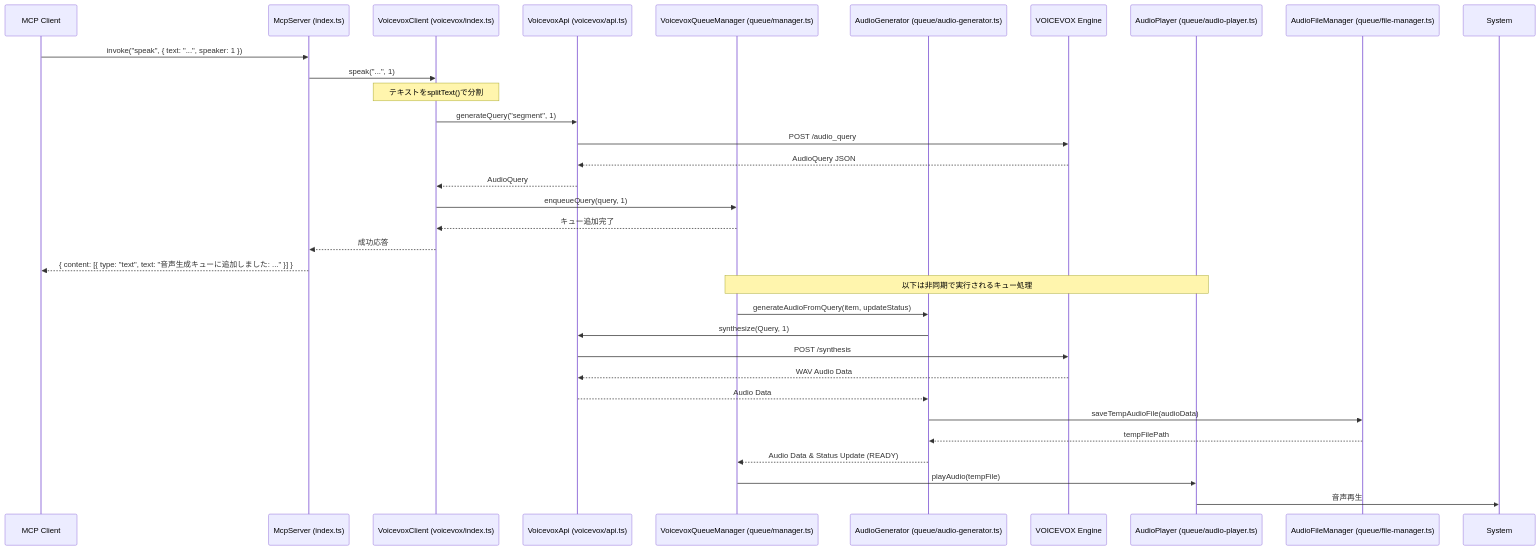
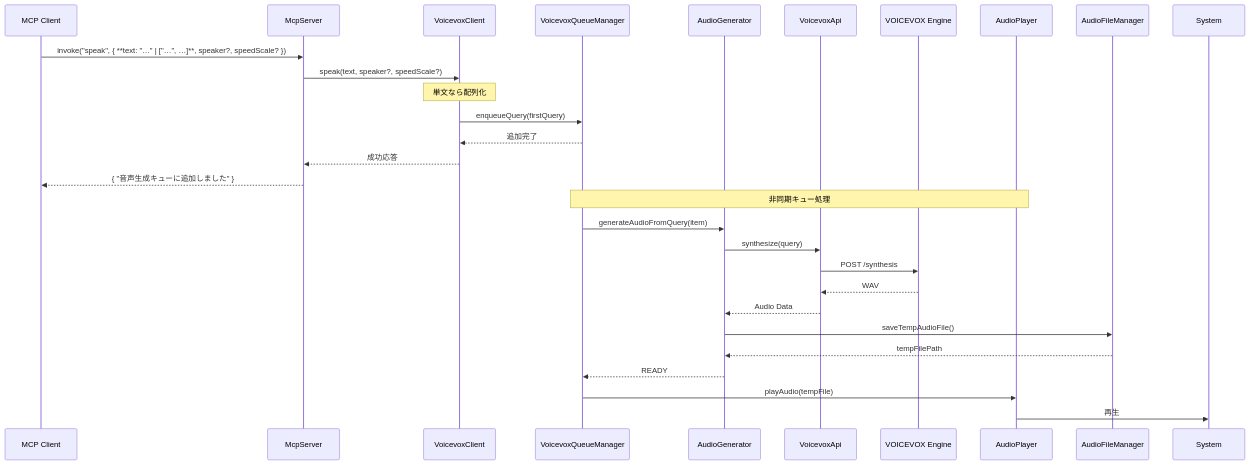
One commit to nichiki/mcp-tts-voicevox changed the first of 5 diagrams in docs/diagrams.md. Above: the diagram before and after it, drawn with Mermaid. The commit also changed other lines of this file and 2 other files, not shown here.

Commit message:
chore: バージョン番号と図解ドキュメントを更新

````diff
--- a/docs/diagrams.md
+++ b/docs/diagrams.md
@@ -11,42 +20,36 @@
 ```mermaid
 sequenceDiagram
-    participant Client as MCP Client
-    participant Server as McpServer (index.ts)
-    participant VClient as VoicevoxClient (voicevox/index.ts)
-    participant VApi as VoicevoxApi (voicevox/api.ts)
-    participant QueueMgr as VoicevoxQueueManager (queue/manager.ts)
-    participant AudioGen as AudioGenerator (queue/audio-generator.ts)
-    participant Engine as VOICEVOX Engine
-    participant AudioPlayer as AudioPlayer (queue/audio-player.ts)
-    participant FileManager as AudioFileManager (queue/file-manager.ts)
+    participant Client as MCP Client
+    participant Server as McpServer
+    participant VClient as VoicevoxClient
+    participant QueueMgr as VoicevoxQueueManager
+    participant AudioGen as AudioGenerator
+    participant VApi as VoicevoxApi
+    participant Engine as VOICEVOX Engine
+    participant AudioPlayer as AudioPlayer
+    participant FileMgr as AudioFileManager
 
-    Client->>Server: invoke("speak", { text: "...", speaker: 1 })
-    Server->>VClient: speak("...", 1)
-    
-    Note over VClient: テキストをsplitText()で分割
-    
-    VClient->>VApi: generateQuery("segment", 1)
-    VApi->>Engine: POST /audio_query
-    Engine-->>VApi: AudioQuery JSON
-    VApi-->>VClient: AudioQuery
-    
-    VClient->>QueueMgr: enqueueQuery(query, 1)
-    QueueMgr-->>VClient: キュー追加完了
+    %% ① API 受信
+    Client->>Server: invoke("speak", { **text: "…" | ["…", …]**, speaker?, speedScale? })
+    Server->>VClient: speak(text, speaker?, speedScale?)
+
+    %% ② VClient でテキスト分割＆最初のセグメント処理
+    Note over VClient: 単文なら配列化
+    VClient->>QueueMgr: enqueueQuery(firstQuery)
+    QueueMgr-->>VClient: 追加完了
     VClient-->>Server: 成功応答
-    Server-->>Client: { content: [{ type: "text", text: "音声生成キューに追加しました: ..." }] }
+    Server-->>Client: { "音声生成キューに追加しました" }
 
-    Note over QueueMgr, AudioPlayer: 以下は非同期で実行されるキュー処理
-
-    QueueMgr->>AudioGen: generateAudioFromQuery(item, updateStatus)
-    AudioGen->>VApi: synthesize(Query, 1)
+    %% === 以下は非同期タスク ===
+    Note over QueueMgr,AudioPlayer: 非同期キュー処理
+    QueueMgr->>AudioGen: generateAudioFromQuery(item)
+    AudioGen->>VApi: synthesize(query)
     VApi->>Engine: POST /synthesis
-    Engine-->>VApi: WAV Audio Data
-    VApi-->>AudioGen: Audio Data
-    
-    AudioGen->>FileManager: saveTempAudioFile(audioData)
-    FileManager-->>AudioGen: tempFilePath
-    
-    AudioGen-->>QueueMgr: Audio Data & Status Update (READY)
+    Engine-->>VApi: WAV
+    VApi-->>AudioGen: Audio Data
+    AudioGen->>FileMgr: saveTempAudioFile()
+    FileMgr-->>AudioGen: tempFilePath
+    AudioGen-->>QueueMgr: READY
     QueueMgr->>AudioPlayer: playAudio(tempFile)
-    AudioPlayer->>System: 音声再生
+    AudioPlayer->>System: 再生
 ```
````
